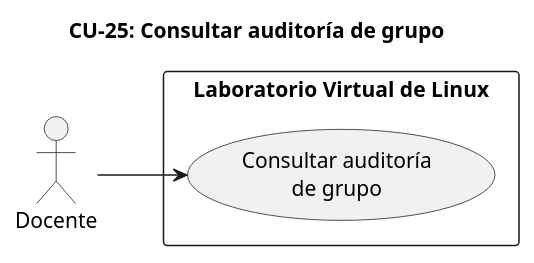
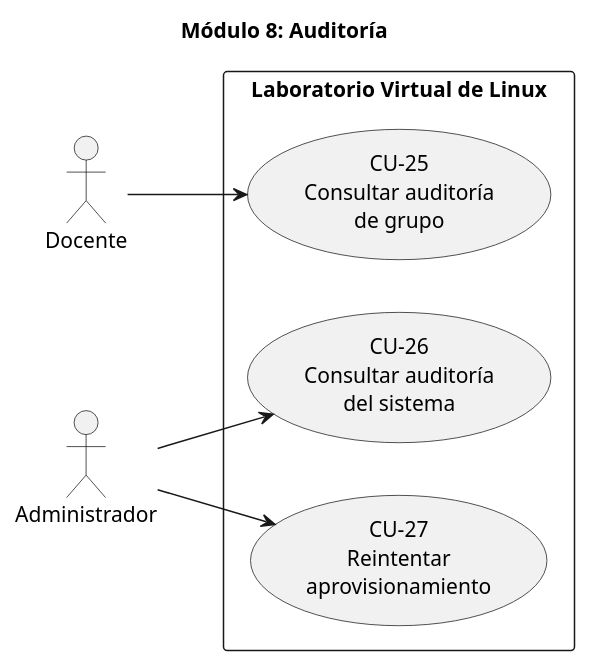
One commit to LinuxLab-UFPS/LinuxLab changed diagram 32 of 35 in docs/annexes/cu-especificacion.md. Above: the diagram before and after it, drawn with PlantUML. The commit also changed other lines of this file and 1 other file, not shown here.

Commit message:
feat: add detailed use case specifications and diagrams for modules 1 to 8

````diff
--- a/docs/annexes/cu-especificacion.md
+++ b/docs/annexes/cu-especificacion.md
@@ -2192,16 +1899,21 @@
 ```plantuml
 @startuml
 left to right direction
 
-title CU-25: Consultar auditoría de grupo
+title Módulo 8: Auditoría
 
 rectangle "Laboratorio Virtual de Linux" {
-  usecase "Consultar auditoría\nde grupo" as UC25
+  usecase "CU-25\nConsultar auditoría\nde grupo" as M8UC25
+  usecase "CU-26\nConsultar auditoría\ndel sistema" as M8UC26
+  usecase "CU-27\nReintentar\naprovisionamiento" as M8UC27
 }
 
 actor "Docente" as Doc
+actor "Administrador" as Admin
 
-Doc --> UC25
+Doc --> M8UC25
+Admin --> M8UC26
+Admin --> M8UC27
 
 @enduml
 ```
````
